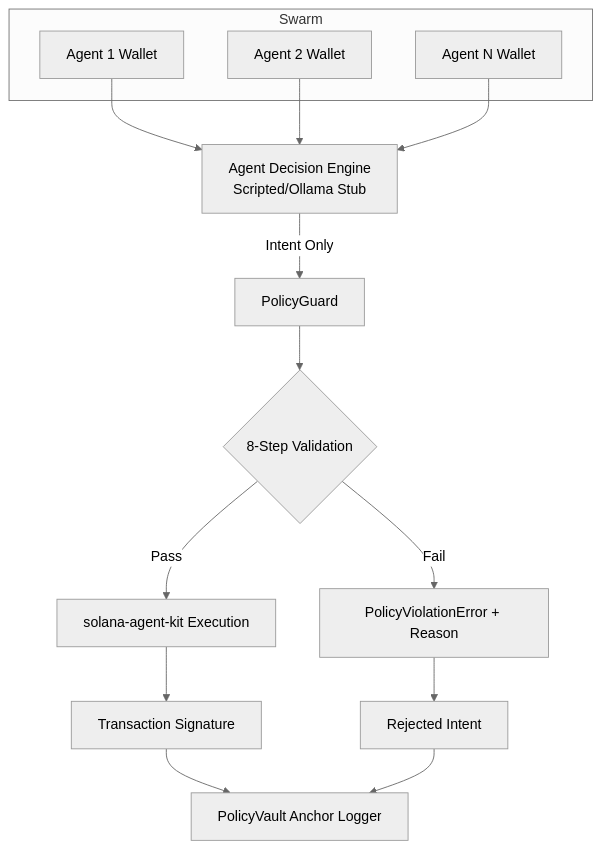
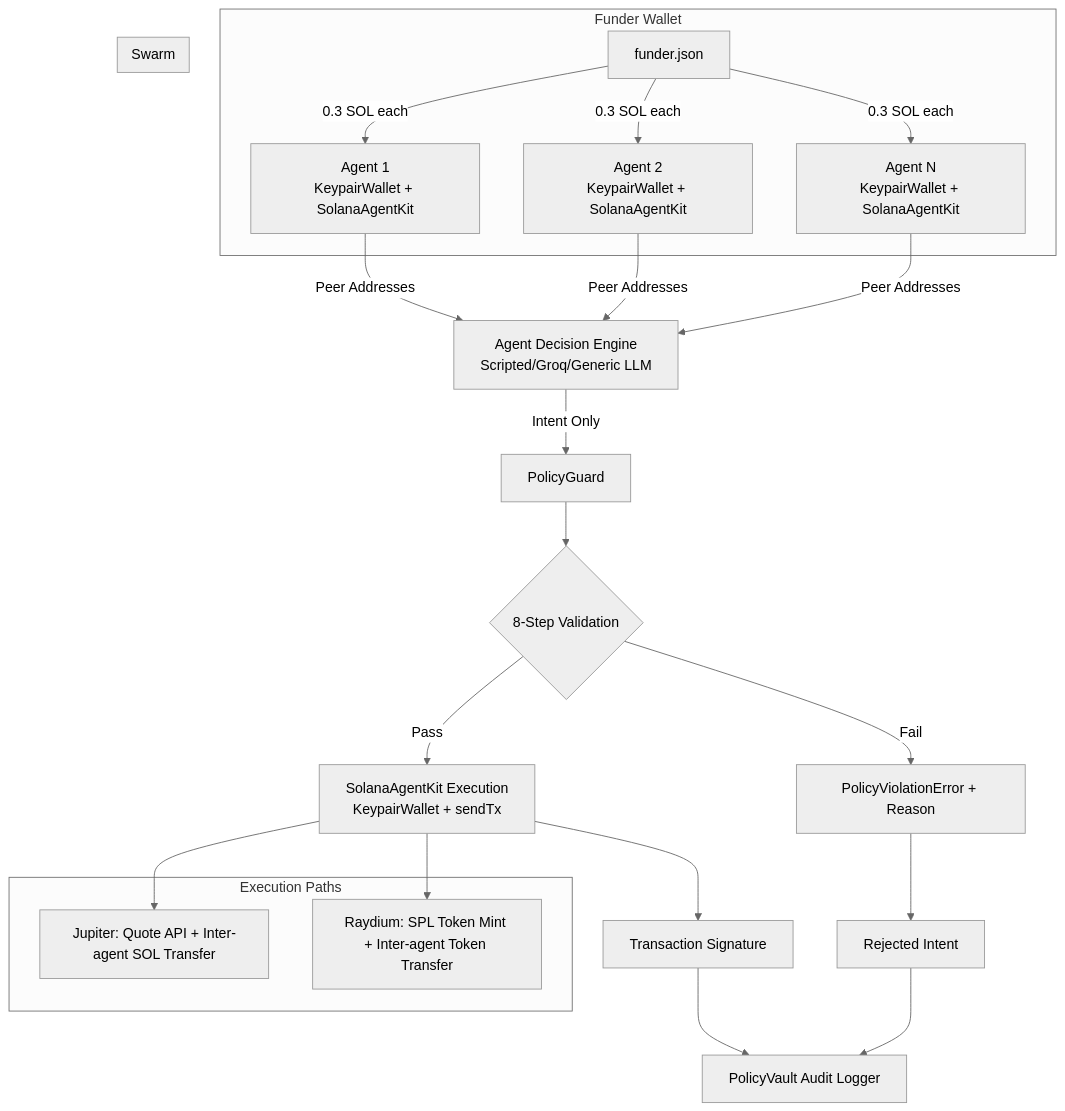
The diagram in DEEP_DIVE.md (spivak321c/PolicyGuard-s.w.a.rm), drawn with Mermaid (neutral theme) before and after one commit. The commit also changed other lines of this file and 7 other files, not shown here.

````diff
--- a/DEEP_DIVE.md
+++ b/DEEP_DIVE.md
@@ -11,19 +11,30 @@
 ```mermaid
 flowchart TD
-  A[Agent Decision Engine\nScripted/Ollama Stub] -->|Intent Only| B[PolicyGuard]
+  A[Agent Decision Engine\nScripted/Groq/Generic LLM] -->|Intent Only| B[PolicyGuard]
   B --> C{8-Step Validation}
-  C -->|Pass| D[solana-agent-kit Execution]
+  C -->|Pass| D[SolanaAgentKit Execution\nKeypairWallet + sendTx]
   C -->|Fail| E[PolicyViolationError + Reason]
   D --> F[Transaction Signature]
   E --> G[Rejected Intent]
-  F --> H[PolicyVault Anchor Logger]
+  F --> H[PolicyVault Audit Logger]
   G --> H
+  subgraph Funder Wallet
+    FW[funder.json] -->|0.3 SOL each| S1
+    FW -->|0.3 SOL each| S2
+    FW -->|0.3 SOL each| S3
+  end
   subgraph Swarm
-    S1[Agent 1 Wallet]
-    S2[Agent 2 Wallet]
-    S3[Agent N Wallet]
+    S1[Agent 1\nKeypairWallet + SolanaAgentKit]
+    S2[Agent 2\nKeypairWallet + SolanaAgentKit]
+    S3[Agent N\nKeypairWallet + SolanaAgentKit]
   end
-  S1 --> A
-  S2 --> A
-  S3 --> A
+  S1 -->|Peer Addresses| A
+  S2 -->|Peer Addresses| A
+  S3 -->|Peer Addresses| A
+  subgraph "Execution Paths"
+    J[Jupiter: Quote API + Inter-agent SOL Transfer]
+    R[Raydium: SPL Token Mint + Inter-agent Token Transfer]
+  end
+  D --> J
+  D --> R
 ```
````
